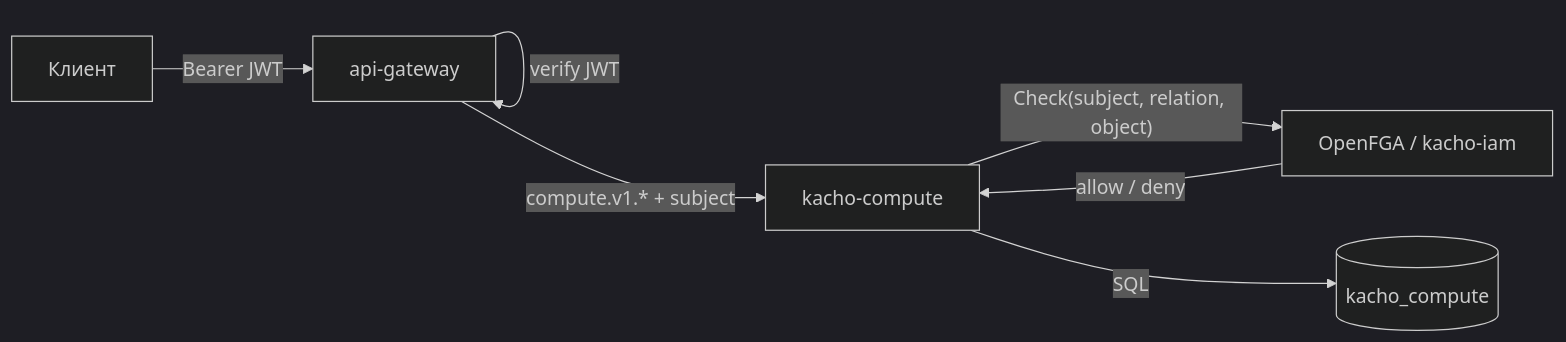
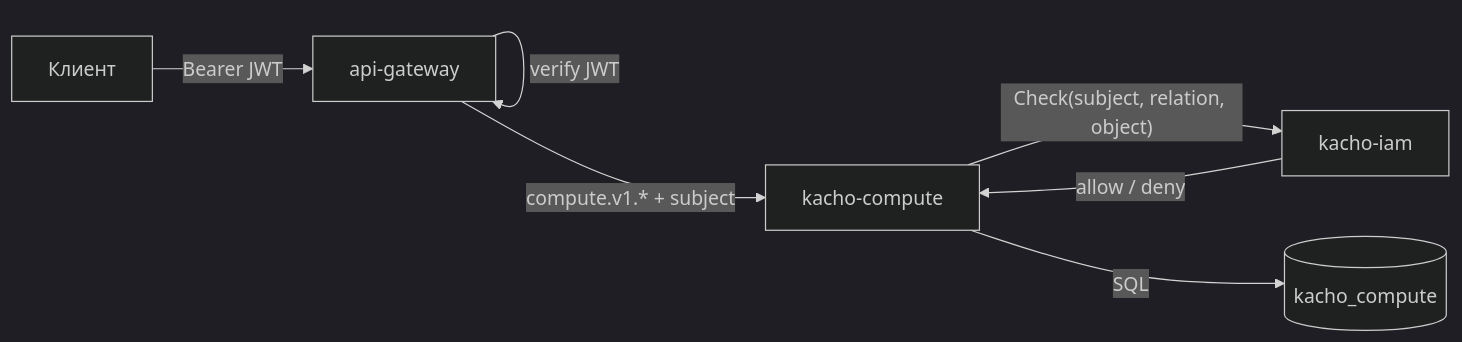
One commit to PRO-Robotech/kacho changed the diagram in services/compute/docs/content/api/overview.mdx. Above: the diagram before and after it, drawn with Mermaid (dark theme). The commit also changed other lines of this file and 589 other files, not shown here.

````diff
--- a/services/compute/docs/content/api/overview.mdx
+++ b/services/compute/docs/content/api/overview.mdx
@@ -145,9 +146,9 @@
 ```mermaid
 flowchart LR
   cli["Клиент"] -->|"Bearer JWT"| agw["api-gateway"]
   agw -->|"verify JWT"| agw
   agw -->|"compute.v1.* + subject"| cmp["kacho-compute"]
-  cmp -->|"Check(subject, relation, object)"| fga["OpenFGA / kacho-iam"]
-  fga -->|"allow / deny"| cmp
+  cmp -->|"Check(subject, relation, object)"| iamsvc["kacho-iam"]
+  iamsvc -->|"allow / deny"| cmp
   cmp -->|"SQL"| pg[("kacho_compute")]
 ```
````
